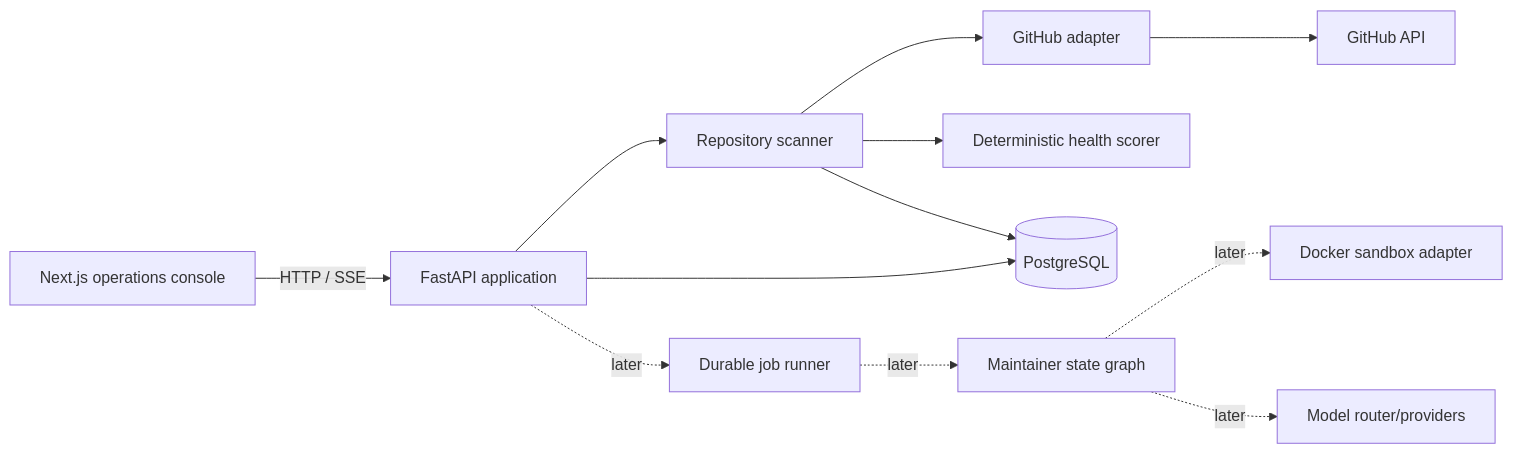
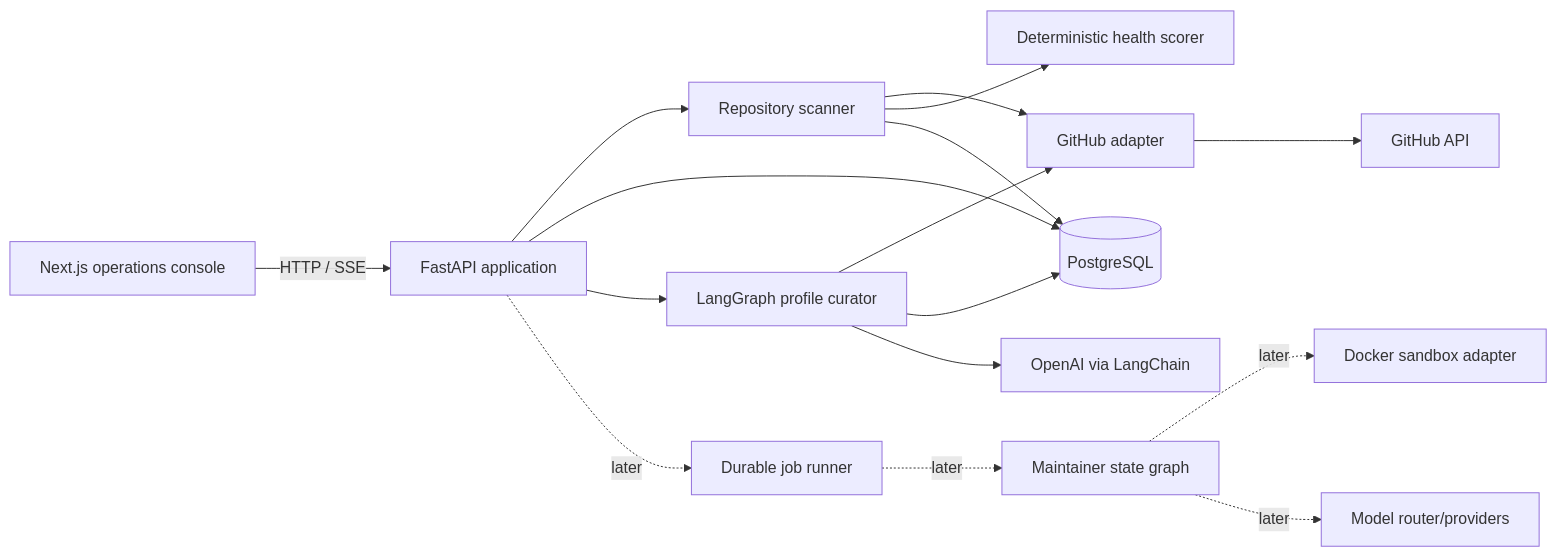
The first of 3 diagrams in docs/architecture/initial-architecture.md (HazemHassine/GitAudit), drawn with Mermaid before and after one commit. The commit also changed other lines of this file and 9 other files, not shown here.

````diff
--- a/docs/architecture/initial-architecture.md
+++ b/docs/architecture/initial-architecture.md
@@ -26,14 +26,18 @@
 ```mermaid
 flowchart LR
   UI[Next.js operations console] -->|HTTP / SSE| API[FastAPI application]
   API --> Scan[Repository scanner]
   Scan --> GH[GitHub adapter]
   Scan --> Score[Deterministic health scorer]
   API --> DB[(PostgreSQL)]
   Scan --> DB
   GH --> GitHub[GitHub API]
+  API --> Curator[LangGraph profile curator]
+  Curator --> GH
+  Curator --> DB
+  Curator --> Models[OpenAI via LangChain]
   API -. later .-> Runner[Durable job runner]
   Runner -. later .-> Agent[Maintainer state graph]
   Agent -. later .-> Sandbox[Docker sandbox adapter]
-  Agent -. later .-> Models[Model router/providers]
+  Agent -. later .-> Router[Model router/providers]
 ```
````
